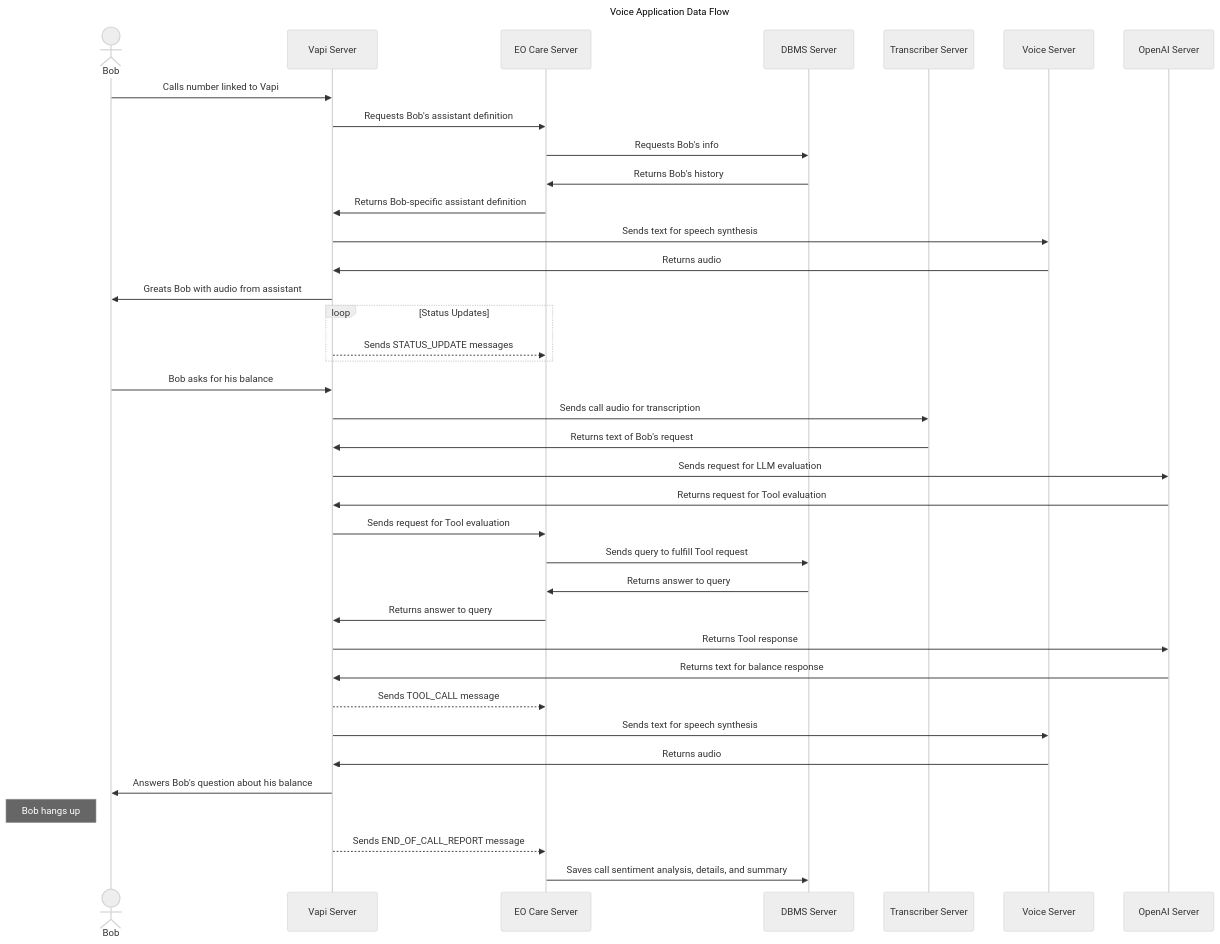
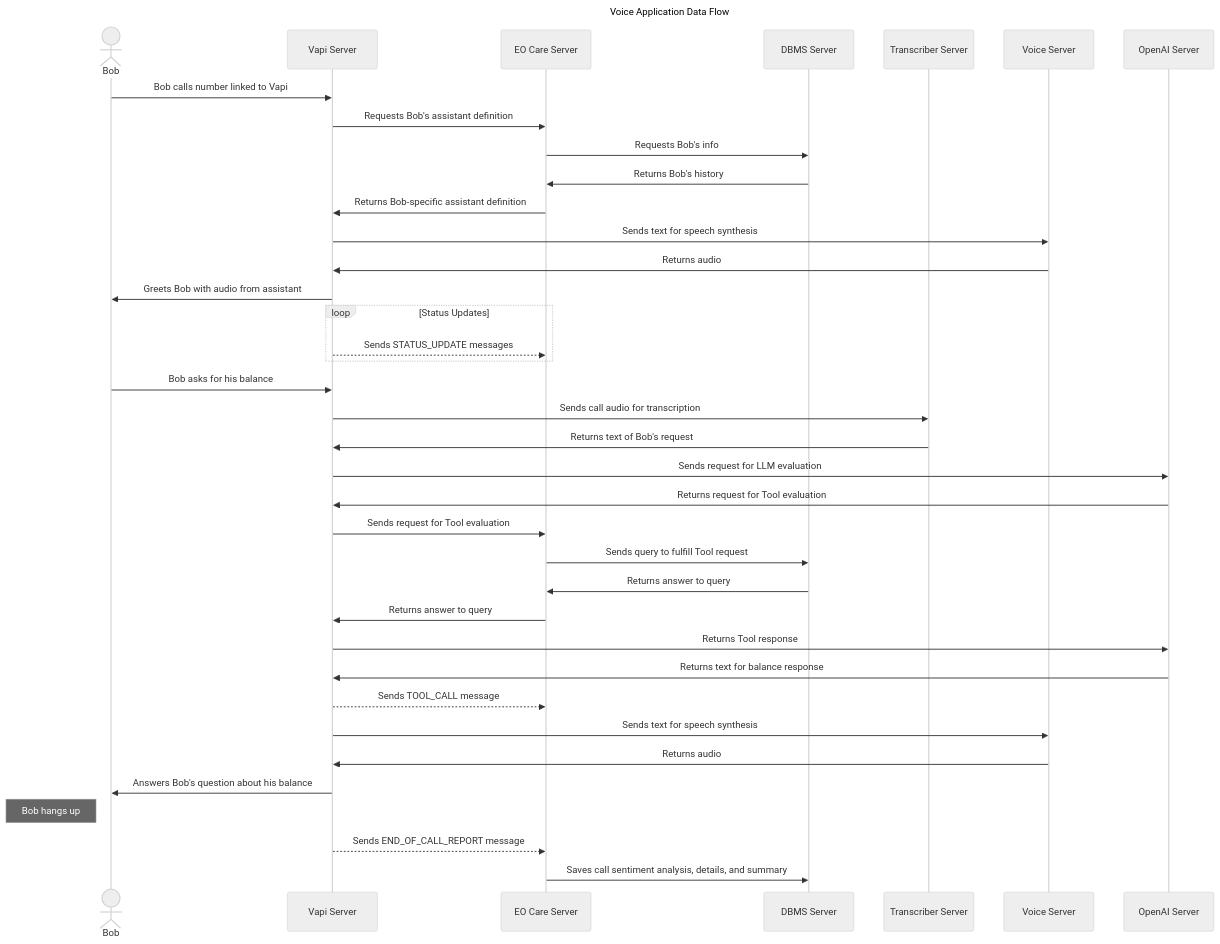
The diagram in docs/Call-Flow.mmd (mattbobambrose/vapi4k), drawn with Mermaid (neutral theme) before and after one commit.

Commit message:
Update call flow diagram

```diff
--- a/docs/Call-Flow.mmd
+++ b/docs/Call-Flow.mmd
@@ -1,40 +1,40 @@
 sequenceDiagram
     title Voice Application Data Flow
     actor Bob
     participant vapi as Vapi Server
     participant eocare as EO Care Server
     participant dbms as DBMS Server
     participant transcriber as Transcriber Server
     participant voice as Voice Server
     participant openai as OpenAI Server
-    Bob ->> vapi: Calls number linked to Vapi
+    Bob ->> vapi: Bob calls number linked to Vapi
     vapi ->> eocare: Requests Bob's assistant definition
     eocare ->> dbms: Requests Bob's info
     dbms ->> eocare: Returns Bob's history
     eocare ->> vapi: Returns Bob-specific assistant definition
     vapi ->> voice: Sends text for speech synthesis
     voice ->> vapi: Returns audio
-    vapi ->> Bob: Greats Bob with audio from assistant
+    vapi ->> Bob: Greets Bob with audio from assistant
 
     loop Status Updates
         vapi -->> eocare: Sends STATUS_UPDATE messages
     end
 
     Bob ->> vapi: Bob asks for his balance
     vapi ->> transcriber: Sends call audio for transcription
     transcriber ->> vapi: Returns text of Bob's request
     vapi ->> openai: Sends request for LLM evaluation
     openai ->> vapi: Returns request for Tool evaluation
     vapi ->> eocare: Sends request for Tool evaluation
     eocare ->> dbms: Sends query to fulfill Tool request
     dbms ->> eocare: Returns answer to query
     eocare ->> vapi: Returns answer to query
     vapi ->> openai: Returns Tool response
     openai ->> vapi: Returns text for balance response
     vapi -->> eocare: Sends TOOL_CALL message
     vapi ->> voice: Sends text for speech synthesis
     voice ->> vapi: Returns audio
     vapi ->> Bob: Answers Bob's question about his balance
     Note left of Bob: Bob hangs up
     vapi -->> eocare: Sends END_OF_CALL_REPORT message
     eocare ->> dbms: Saves call sentiment analysis, details, and summary
```
